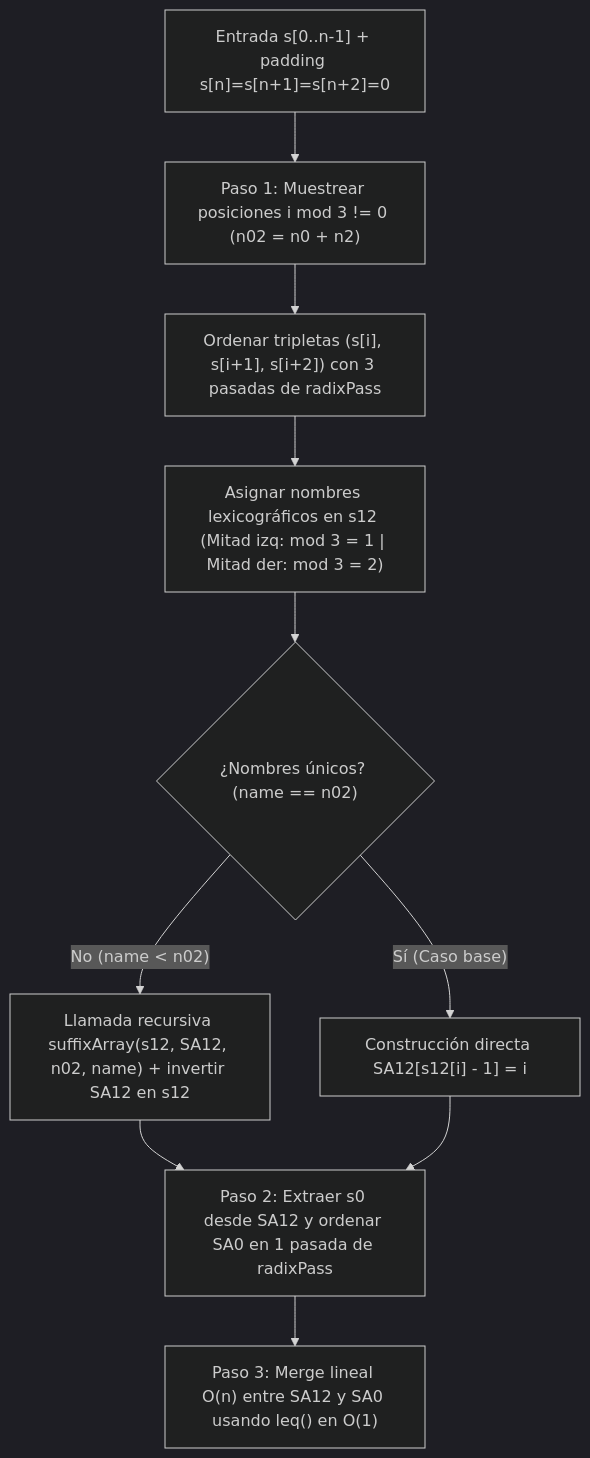
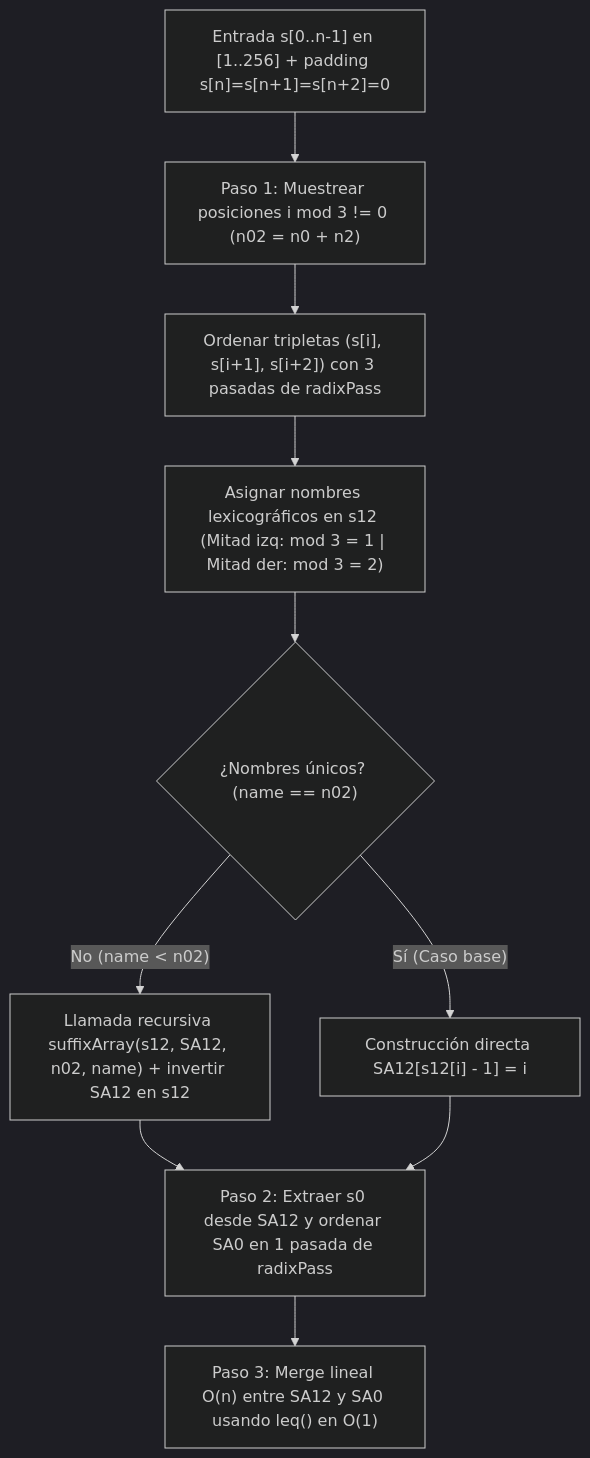
The first of 2 diagrams in docs/INFORME_TECNICO_FINAL.md (tamitooo/ProyectoEDA), drawn with Mermaid (dark theme) before and after one commit. The commit also changed other lines of this file and 20 other files, not shown here.

````diff
--- a/docs/INFORME_TECNICO_FINAL.md
+++ b/docs/INFORME_TECNICO_FINAL.md
@@ -36,12 +36,12 @@
 ```mermaid
 flowchart TD
-    A["Entrada s[0..n-1] + padding s[n]=s[n+1]=s[n+2]=0"] --> B["Paso 1: Muestrear posiciones i mod 3 != 0 (n02 = n0 + n2)"]
+    A["Entrada s[0..n-1] en [1..256] + padding s[n]=s[n+1]=s[n+2]=0"] --> B["Paso 1: Muestrear posiciones i mod 3 != 0 (n02 = n0 + n2)"]
     B --> C["Ordenar tripletas (s[i], s[i+1], s[i+2]) con 3 pasadas de radixPass"]
     C --> D["Asignar nombres lexicográficos en s12 (Mitad izq: mod 3 = 1 | Mitad der: mod 3 = 2)"]
     D --> E{"¿Nombres únicos? (name == n02)"}
     E -- "No (name < n02)" --> F["Llamada recursiva suffixArray(s12, SA12, n02, name) + invertir SA12 en s12"]
     E -- "Sí (Caso base)" --> G["Construcción directa SA12[s12[i] - 1] = i"]
     F --> H["Paso 2: Extraer s0 desde SA12 y ordenar SA0 en 1 pasada de radixPass"]
     G --> H
     H --> I["Paso 3: Merge lineal O(n) entre SA12 y SA0 usando leq() en O(1)"]
 ```
````
